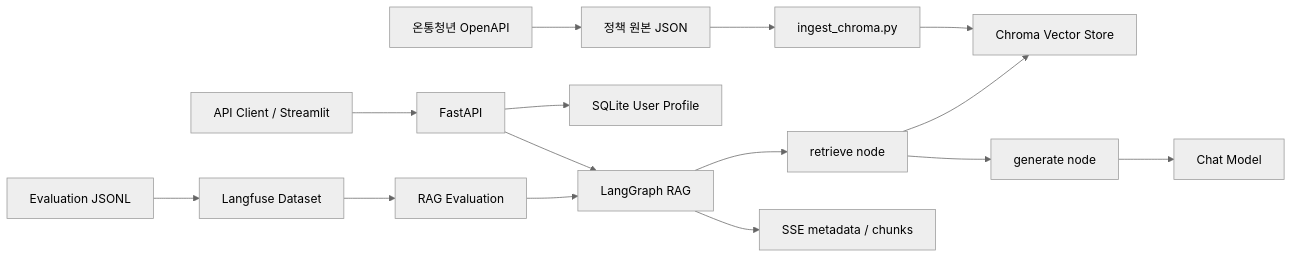
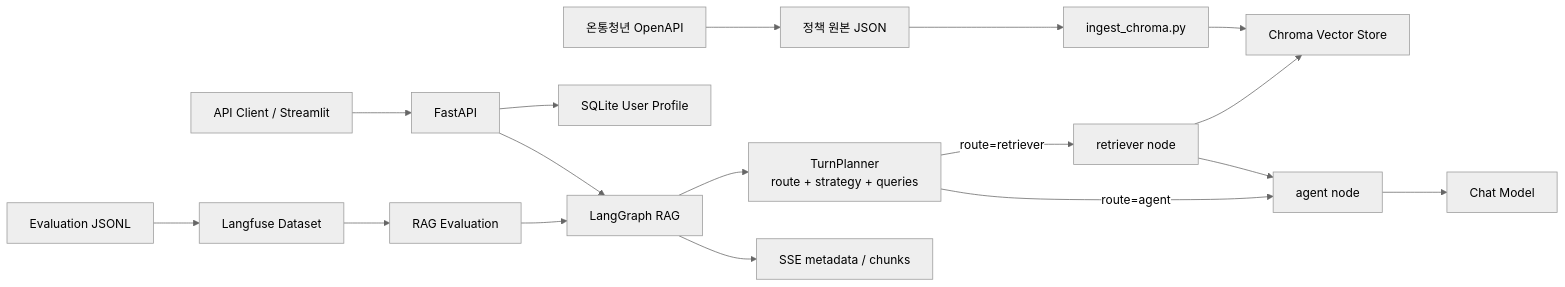
One commit to SungjinWi99/Youth-Policy-RAG changed the diagram in README.md. Above: the diagram before and after it, drawn with Mermaid (neutral theme). The commit also changed other lines of this file, not shown here.

Commit message:
docs: update README for planner workflow

````diff
--- a/README.md
+++ b/README.md
@@ -22,19 +24,21 @@
 ```mermaid
 flowchart LR
     API["온통청년 OpenAPI"] --> RAW["정책 원본 JSON"]
     RAW --> INGEST["ingest_chroma.py"]
     INGEST --> CHROMA["Chroma Vector Store"]
 
     CLIENT["API Client / Streamlit"] --> FASTAPI["FastAPI"]
     FASTAPI --> USERDB["SQLite User Profile"]
     FASTAPI --> GRAPH["LangGraph RAG"]
-    GRAPH --> RETRIEVE["retrieve node"]
+    GRAPH --> PLANNER["TurnPlanner<br/>route + strategy + queries"]
+    PLANNER -->|"route=retriever"| RETRIEVE["retriever node"]
+    PLANNER -->|"route=agent"| AGENT["agent node"]
     RETRIEVE --> CHROMA
-    RETRIEVE --> GENERATE["generate node"]
-    GENERATE --> LLM["Chat Model"]
+    RETRIEVE --> AGENT
+    AGENT --> LLM["Chat Model"]
     GRAPH --> SSE["SSE metadata / chunks"]
 
     EVALDATA["Evaluation JSONL"] --> LANGFUSE["Langfuse Dataset"]
     LANGFUSE --> EVALRUN["RAG Evaluation"]
     EVALRUN --> GRAPH
 ```
````
